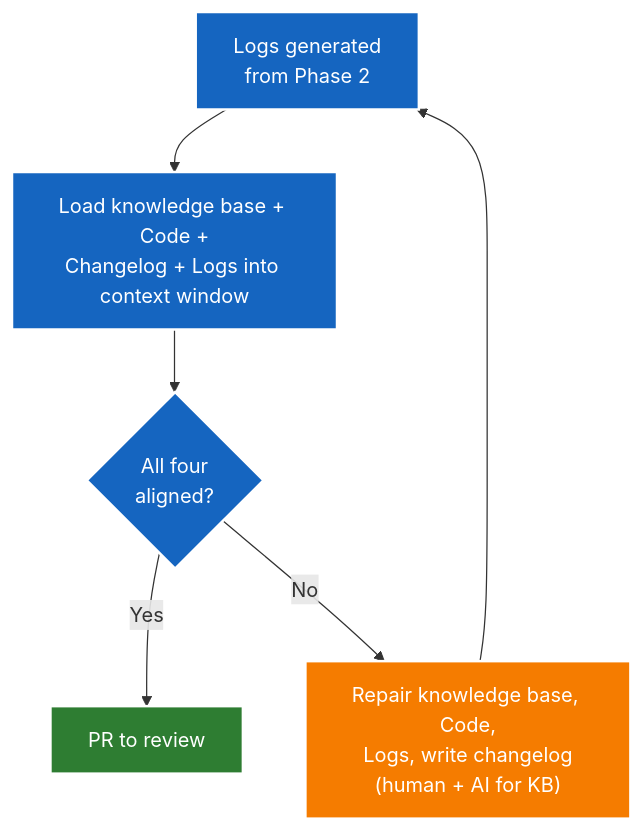
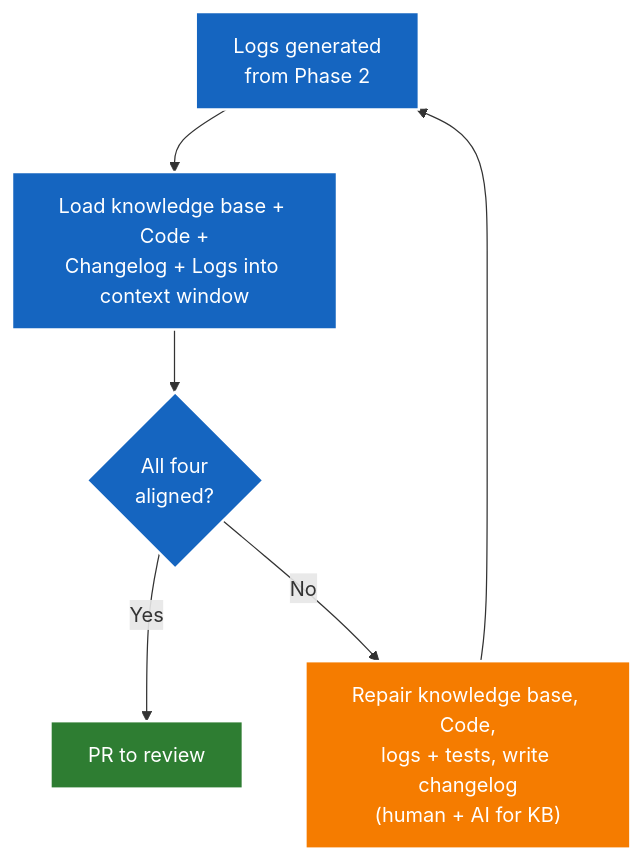
The fourth of 5 diagrams in knowledge/ai-use-theory/ai-use-theory.md (jacoby149/web10), drawn with Mermaid before and after one commit. The commit also changed other lines of this file and 7 other files, not shown here.

First line of the commit message:
docs(ai-use-theory): regressions.md + repair-hierarchy re-alignment + mermaid <br/> fix

````diff
--- a/knowledge/ai-use-theory/ai-use-theory.md
+++ b/knowledge/ai-use-theory/ai-use-theory.md
@@ -138,19 +138,19 @@
 ```mermaid
 flowchart TD
-    GEN_DONE["Logs generated\nfrom Phase 2"] --> LOAD["Load knowledge base + Code +\nChangelog + Logs into context window"]
-    LOAD --> GATE{"All four\naligned?"}
+    GEN_DONE["Logs generated<br/>from Phase 2"] --> LOAD["Load knowledge base + Code +<br/>Changelog + Logs into context window"]
+    LOAD --> GATE{"All four<br/>aligned?"}
 
     GATE -->|"Yes"| PR["PR to review"]
-    GATE -->|"No"| REPAIR["Repair knowledge base, Code,\nLogs, write changelog\n(human + AI for KB)"]
+    GATE -->|"No"| REPAIR["Repair knowledge base, Code,<br/>logs + tests, write changelog<br/>(human + AI for KB)"]
     REPAIR --> GEN_DONE
 
     classDef orient fill:#1565c0,color:#fff,stroke:#fff,stroke-width:2px
     classDef ok fill:#2e7d32,color:#fff,stroke:#fff,stroke-width:2px
     classDef action fill:#f57c00,color:#fff,stroke:#fff,stroke-width:2px
 
     class GEN_DONE orient
     class LOAD orient
     class GATE orient
     class REPAIR action
     class PR ok
 ```
````
